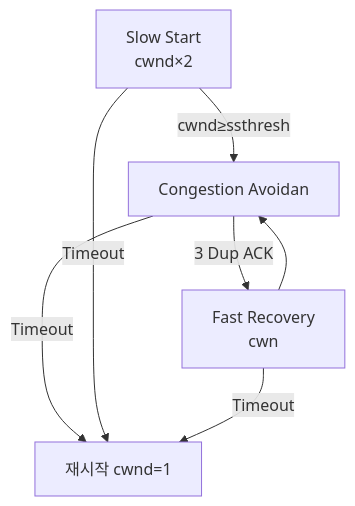
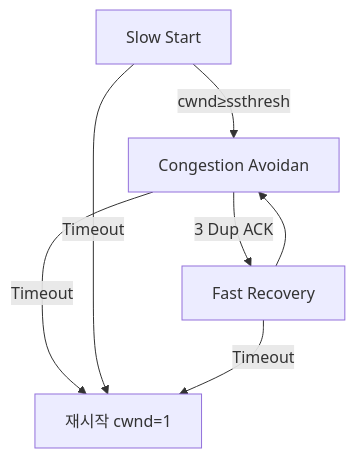
One commit to yjkim2015/yjkim2015.github.io changed the fourth of 6 diagrams in _posts/network/2026-05-03-tcp-udp-deep.md. Above: the diagram before and after it, drawn with Mermaid. The commit also changed other lines of this file and 217 other files, not shown here.

First line of the commit message:
Mermaid 크기 수정: useMaxWidth:true + SVG max-width:100% + 라벨 축소

````diff
--- a/_posts/network/2026-05-03-tcp-udp-deep.md
+++ b/_posts/network/2026-05-03-tcp-udp-deep.md
@@ -204,7 +204,7 @@
 ```mermaid
 graph TD
-    A["Slow Start\ncwnd×2"] -->|"cwnd≥ssthresh"| B["Congestion Avoidan"]
-    B -->|3 Dup ACK| C["Fast Recovery\ncwn"]
+    A["Slow Start"] -->|"cwnd≥ssthresh"| B["Congestion Avoidan"]
+    B -->|3 Dup ACK| C["Fast Recovery"]
     C --> B
     B & A & C -->|Timeout| D["재시작 cwnd=1"]
 ```
````
